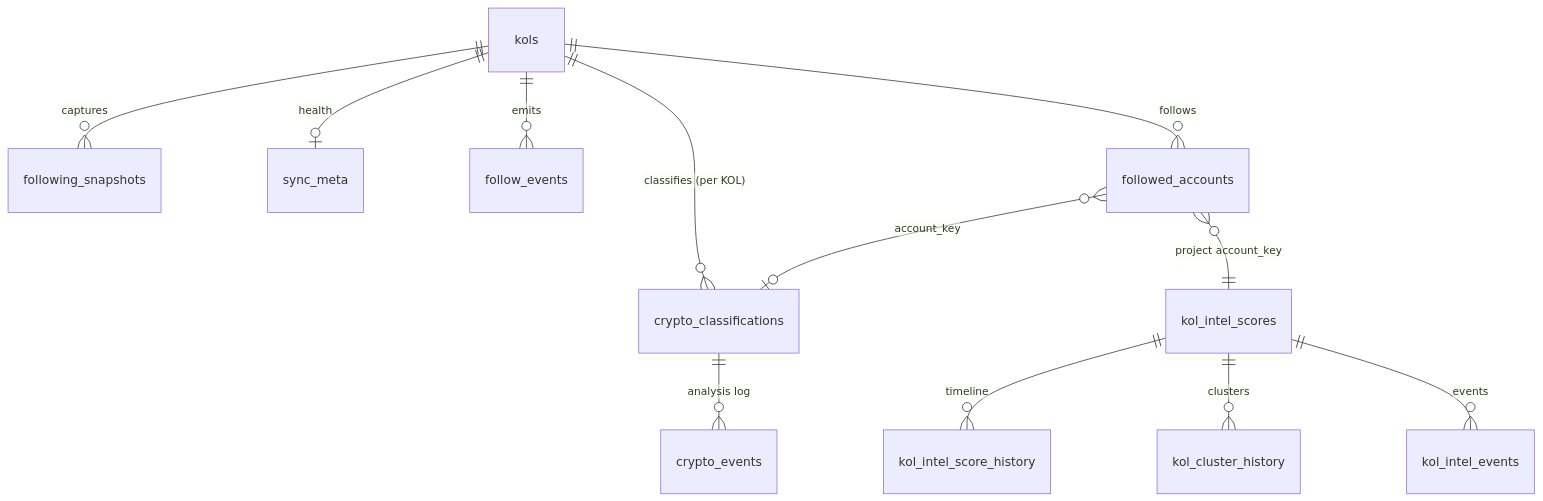
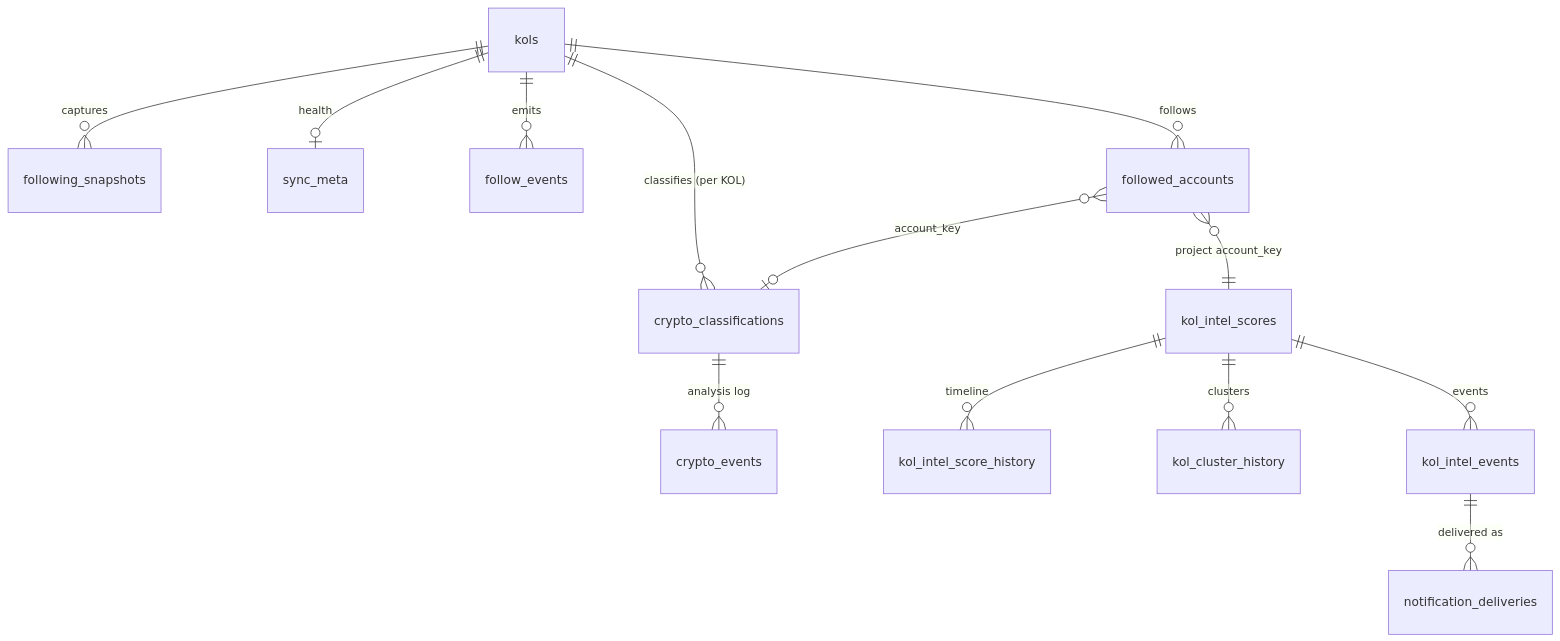
The fourth of 4 diagrams in docs/ARCHITECTURE.md (bqlekan/robinhood-rug-analyzer), drawn with Mermaid before and after one commit. The commit also changed other lines of this file and 6 other files, not shown here.

````diff
--- a/docs/ARCHITECTURE.md
+++ b/docs/ARCHITECTURE.md
@@ -467,14 +508,15 @@
 ```mermaid
 erDiagram
     kols ||--o{ following_snapshots : "captures"
     kols ||--o| sync_meta : "health"
     kols ||--o{ follow_events : "emits"
     kols ||--o{ followed_accounts : "follows"
     kols ||--o{ crypto_classifications : "classifies (per KOL)"
     followed_accounts }o--o| crypto_classifications : "account_key"
     crypto_classifications ||--o{ crypto_events : "analysis log"
     followed_accounts }o--|| kol_intel_scores : "project account_key"
     kol_intel_scores ||--o{ kol_intel_score_history : "timeline"
     kol_intel_scores ||--o{ kol_cluster_history : "clusters"
     kol_intel_scores ||--o{ kol_intel_events : "events"
+    kol_intel_events ||--o{ notification_deliveries : "delivered as"
 ```
````
